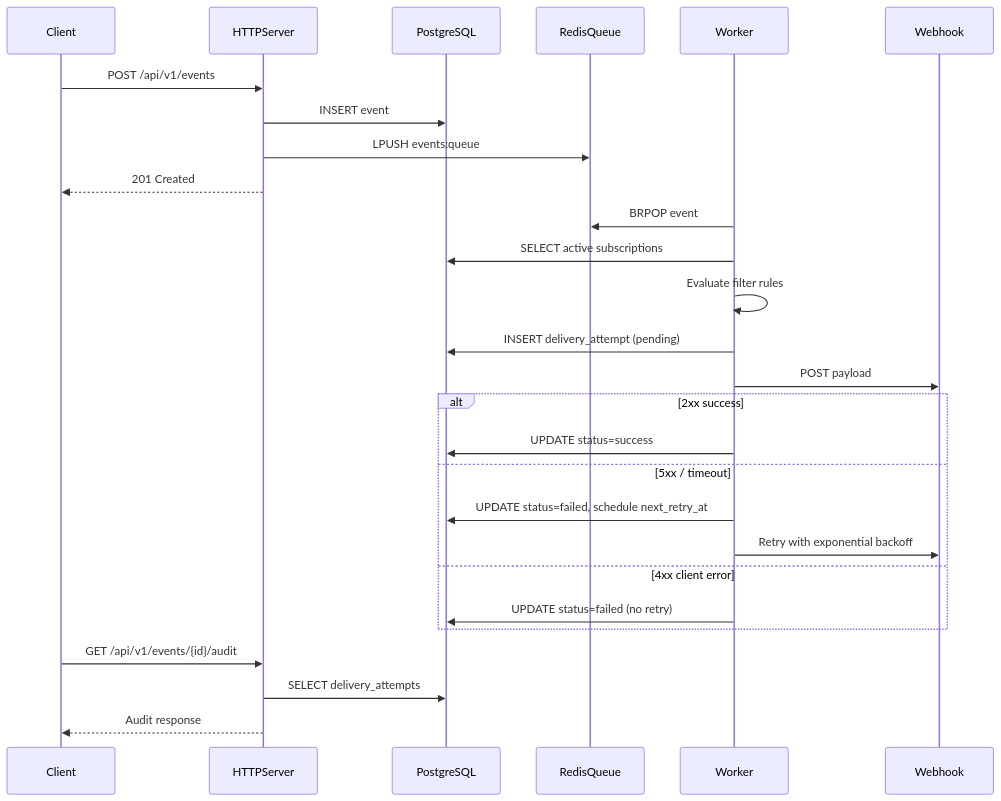
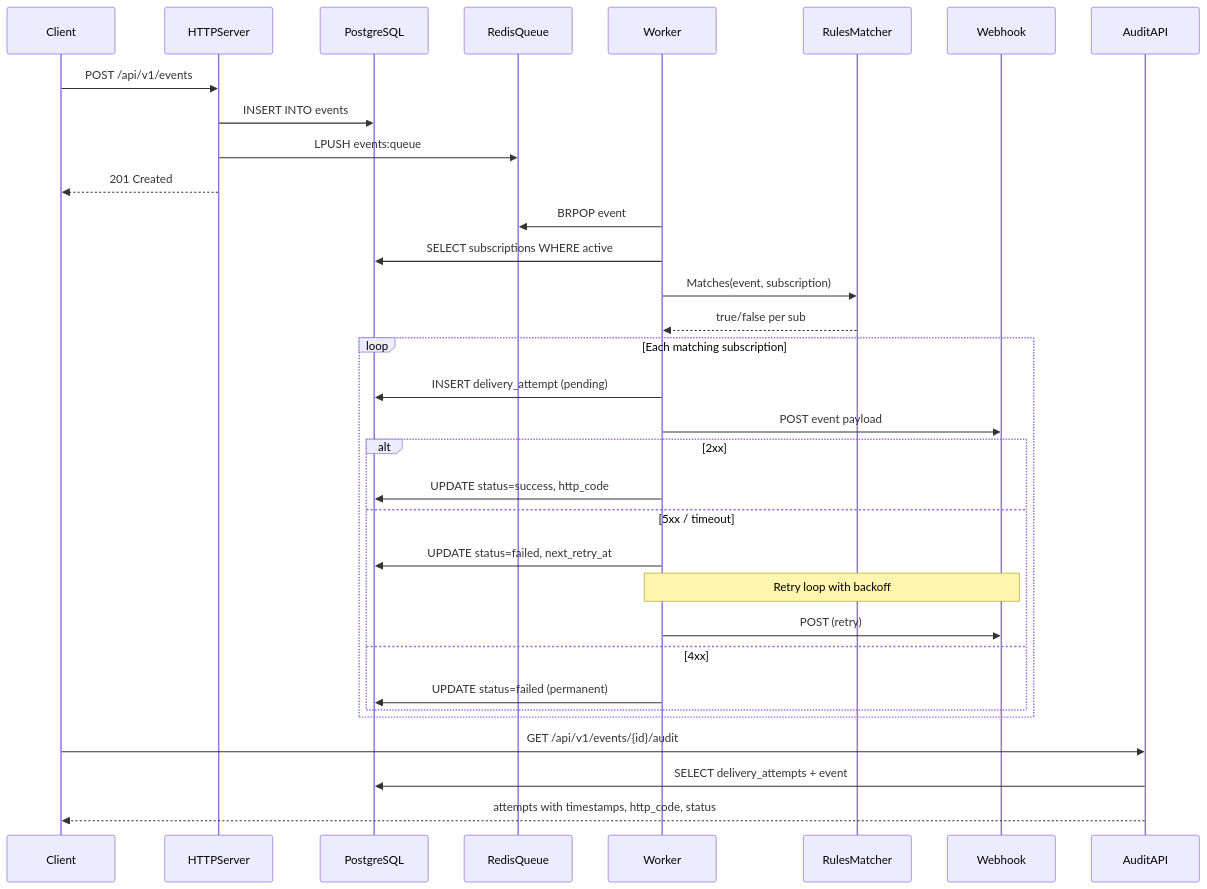
Before and after one commit to shwetaudacious/event-fanout: the second of 5 diagrams in docs/architecture.md, drawn with Mermaid. The commit also changed other lines of this file and 12 other files, not shown here.

First line of the commit message:
Address engineering requirements: architecture diagrams, tests, docs, CI.

````diff
--- a/docs/architecture.md
+++ b/docs/architecture.md
@@ -31,32 +59,39 @@
 ```mermaid
 sequenceDiagram
     participant Client
     participant API as HTTPServer
     participant DB as PostgreSQL
     participant Redis as RedisQueue
     participant Worker
+    participant Matcher as RulesMatcher
     participant Webhook
+    participant Audit as AuditAPI
 
     Client->>API: POST /api/v1/events
-    API->>DB: INSERT event
+    API->>DB: INSERT INTO events
     API->>Redis: LPUSH events:queue
     API-->>Client: 201 Created
 
     Worker->>Redis: BRPOP event
-    Worker->>DB: SELECT active subscriptions
-    Worker->>Worker: Evaluate filter rules
-    Worker->>DB: INSERT delivery_attempt (pending)
-    Worker->>Webhook: POST payload
-    alt 2xx success
-        Worker->>DB: UPDATE status=success
-    else 5xx / timeout
-        Worker->>DB: UPDATE status=failed, schedule next_retry_at
-        Worker->>Webhook: Retry with exponential backoff
-    else 4xx client error
-        Worker->>DB: UPDATE status=failed (no retry)
+    Worker->>DB: SELECT subscriptions WHERE active
+    Worker->>Matcher: Matches(event, subscription)
+    Matcher-->>Worker: true/false per sub
+
+    loop Each matching subscription
+        Worker->>DB: INSERT delivery_attempt (pending)
+        Worker->>Webhook: POST event payload
+        alt 2xx
+            Worker->>DB: UPDATE status=success, http_code
+        else 5xx / timeout
+            Worker->>DB: UPDATE status=failed, next_retry_at
+            Note over Worker,Webhook: Retry loop with backoff
+            Worker->>Webhook: POST (retry)
+        else 4xx
+            Worker->>DB: UPDATE status=failed (permanent)
+        end
     end
 
-    Client->>API: GET /api/v1/events/{id}/audit
-    API->>DB: SELECT delivery_attempts
-    API-->>Client: Audit response
+    Client->>Audit: GET /api/v1/events/{id}/audit
+    Audit->>DB: SELECT delivery_attempts + event
+    Audit-->>Client: attempts with timestamps, http_code, status
 ```
````
